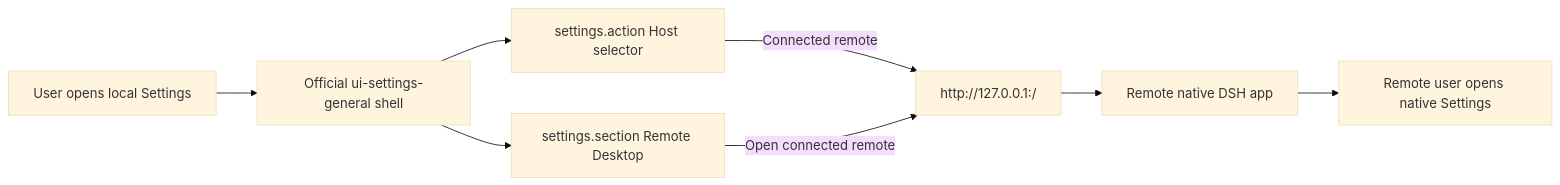
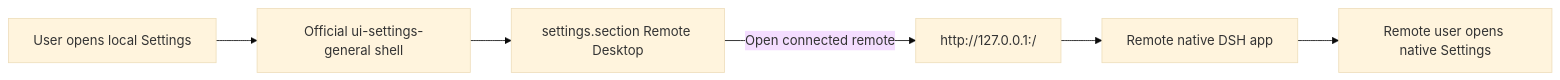
Before and after one commit to sincerity711/dsh-remote-desktop: the diagram in docs/superpowers/specs/2026-08-19-remote-settings-native-page-design.md, drawn with Mermaid (base theme). The commit also changed other lines of this file and 6 other files, not shown here.

Commit message:
Move remote DSH open action into settings section

````diff
--- a/docs/superpowers/specs/2026-08-19-remote-settings-native-page-design.md
+++ b/docs/superpowers/specs/2026-08-19-remote-settings-native-page-design.md
@@ -59,10 +59,8 @@
 ```mermaid
 flowchart LR
   User["User opens local Settings"] --> OfficialShell["Official ui-settings-general shell"]
-  OfficialShell --> HostAction["settings.action Host selector"]
   OfficialShell --> RemoteSection["settings.section Remote Desktop"]
-  HostAction -->|Connected remote| NativeUrl["http://127.0.0.1:<proxyPort>/"]
-  RemoteSection -->|Open connected remote| NativeUrl
+  RemoteSection -->|Open connected remote| NativeUrl["http://127.0.0.1:<proxyPort>/"]
   NativeUrl --> RemoteApp["Remote native DSH app"]
   RemoteApp --> RemoteSettings["Remote user opens native Settings"]
 ```
````
